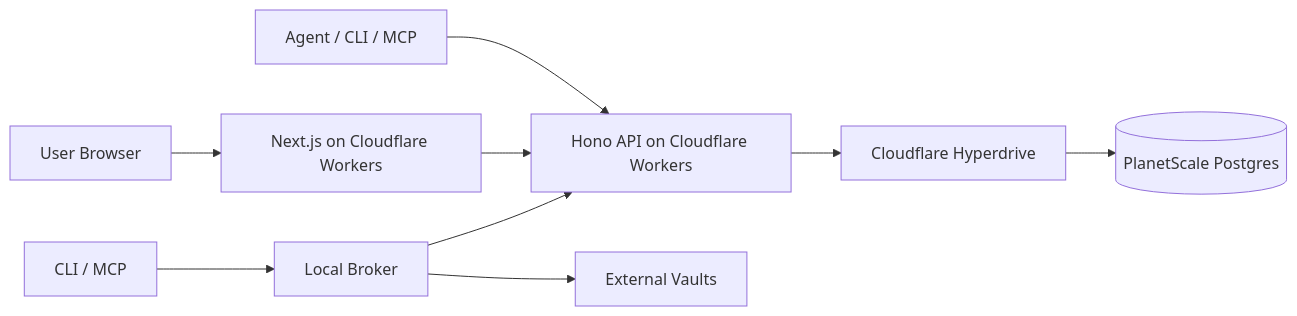
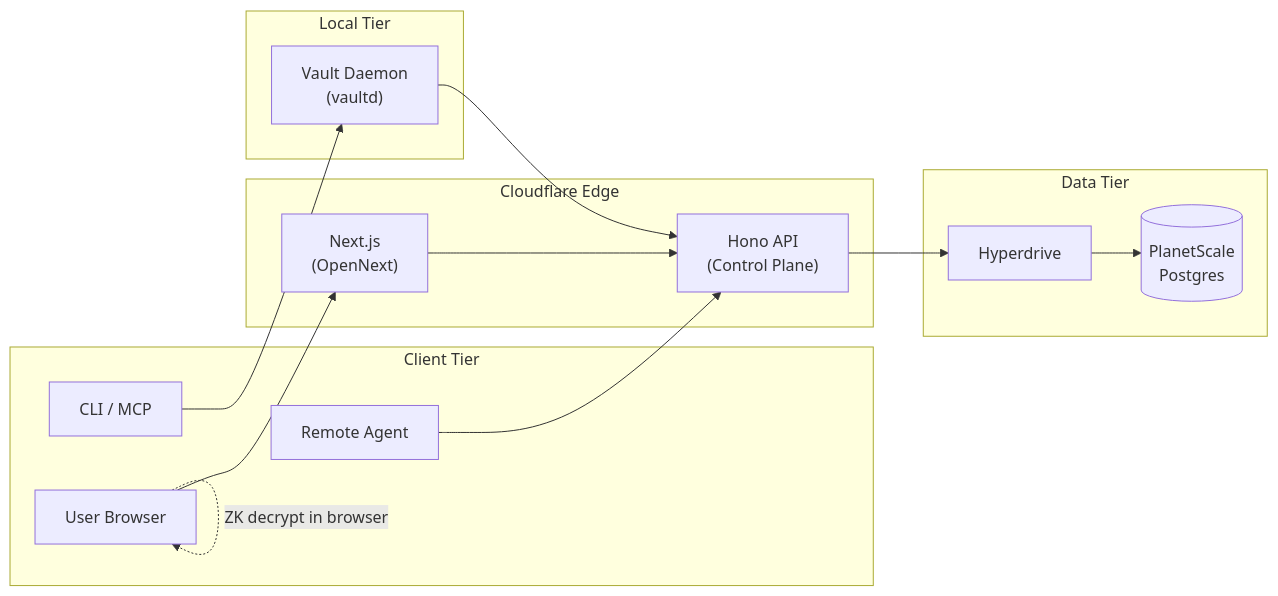
One commit to punitarani/abadge changed the first of 9 diagrams in docs/ARCHITECTURE.md. Above: the diagram before and after it, drawn with Mermaid. The commit also changed other lines of this file and 35 other files, not shown here.

````diff
--- a/docs/ARCHITECTURE.md
+++ b/docs/ARCHITECTURE.md
@@ -48,11 +52,31 @@
 ```mermaid
 flowchart LR
-  U[User Browser] --> W[Next.js on Cloudflare Workers]
-  A[Agent / CLI / MCP] --> API[Hono API on Cloudflare Workers]
+  subgraph Client["Client Tier"]
+    U[User Browser]
+    CLI[CLI / MCP]
+    Agent[Remote Agent]
+  end
+
+  subgraph Local["Local Tier"]
+    Daemon["Vault Daemon<br/>(vaultd)"]
+  end
+
+  subgraph Edge["Cloudflare Edge"]
+    W["Next.js<br/>(OpenNext)"]
+    API["Hono API<br/>(Control Plane)"]
+  end
+
+  subgraph Data["Data Tier"]
+    H[Hyperdrive]
+    DB[(PlanetScale<br/>Postgres)]
+  end
+
+  U --> W
+  U -.->|ZK decrypt in browser| U
+  CLI --> Daemon
+  Daemon --> API
+  Agent --> API
   W --> API
-  API --> H[Cloudflare Hyperdrive]
-  H --> DB[(PlanetScale Postgres)]
-  CLI[CLI / MCP] --> Broker[Local Broker]
-  Broker --> API
-  Broker --> ExtVault[External Vaults]
+  API --> H
+  H --> DB
 ```
````
